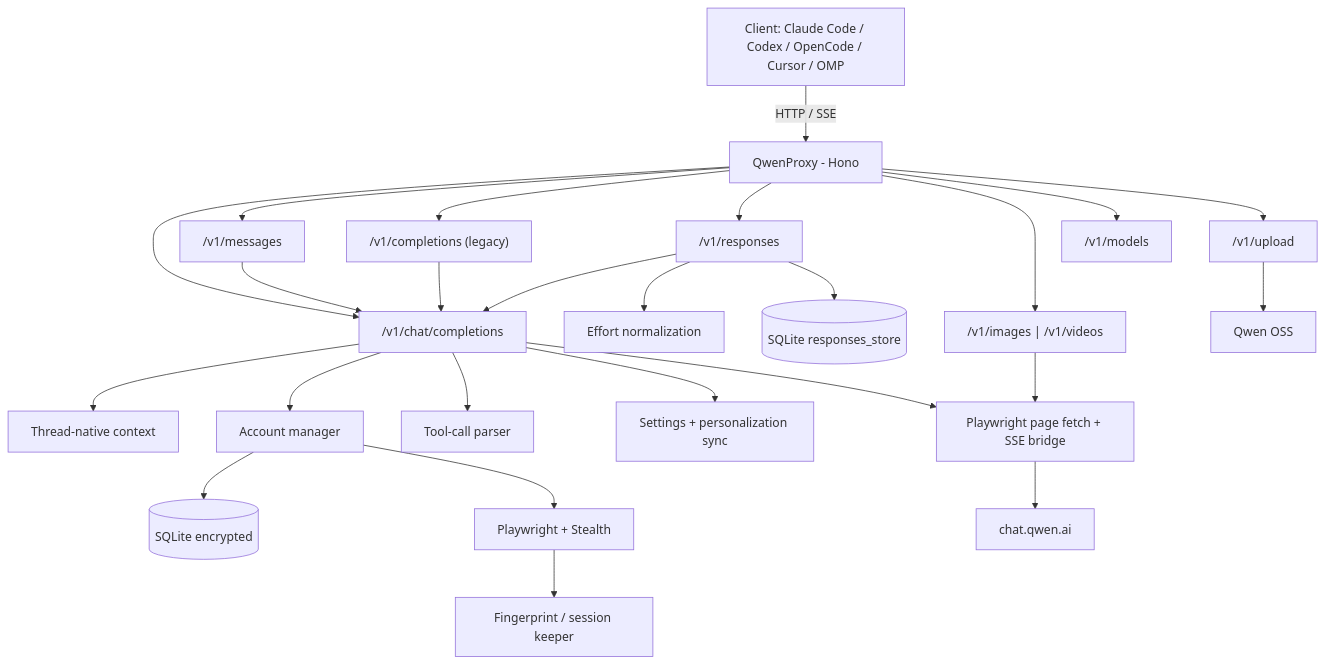
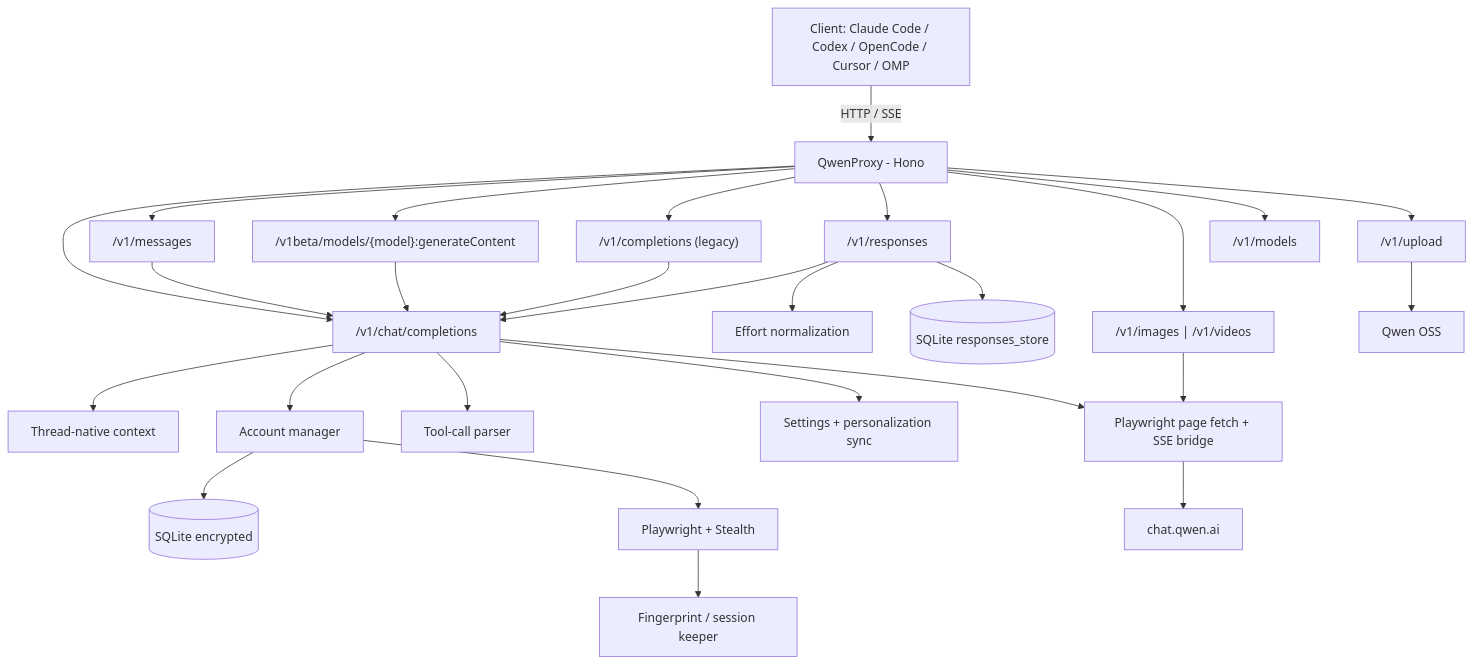
The diagram in README.md (jul-ienfr/qwenproxy), drawn with Mermaid before and after one commit. The commit also changed other lines of this file and 16 other files, not shown here.

````diff
--- a/README.md
+++ b/README.md
@@ -72,27 +72,29 @@
 ```mermaid
 flowchart TD
     Client["Client: Claude Code / Codex / OpenCode / Cursor / OMP"] -->|HTTP / SSE| Proxy["QwenProxy - Hono"]
     Proxy --> Chat["/v1/chat/completions"]
     Proxy --> Anthropic["/v1/messages"]
+    Proxy --> Gemini["/v1beta/models/{model}:generateContent"]
     Proxy --> Completions["/v1/completions (legacy)"]
     Proxy --> Responses["/v1/responses"]
     Proxy --> Media["/v1/images | /v1/videos"]
     Proxy --> Models["/v1/models"]
     Proxy --> Upload["/v1/upload"]
     Anthropic --> Chat
+    Gemini --> Chat
     Completions --> Chat
     Responses --> Chat
     Responses --> Effort["Effort normalization"]
     Responses --> State[("SQLite responses_store")]
     Chat --> Context["Thread-native context"]
     Chat --> Accounts["Account manager"]
     Accounts --> DB[("SQLite encrypted")]
     Accounts --> Playwright["Playwright + Stealth"]
     Playwright --> Fingerprint["Fingerprint / session keeper"]
     Chat --> Parser["Tool-call parser"]
     Chat --> Personalization["Settings + personalization sync"]
     Chat --> BrowserTransport["Playwright page fetch + SSE bridge"]
     BrowserTransport --> Qwen["chat.qwen.ai"]
     Media --> BrowserTransport
     Upload --> OSS["Qwen OSS"]
 ```
````
